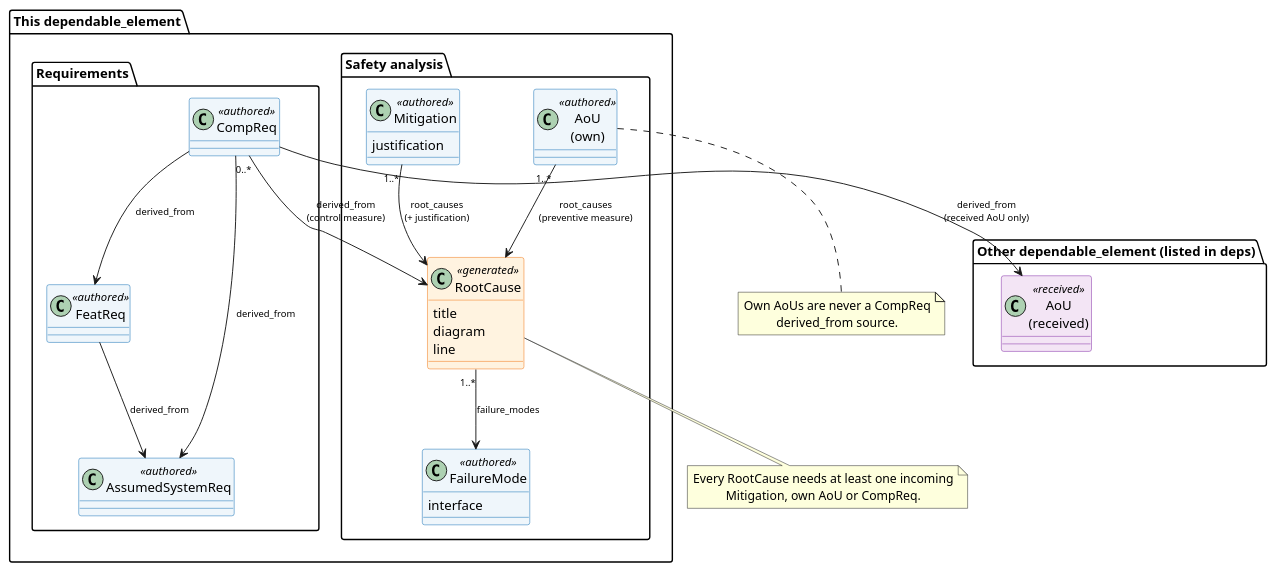
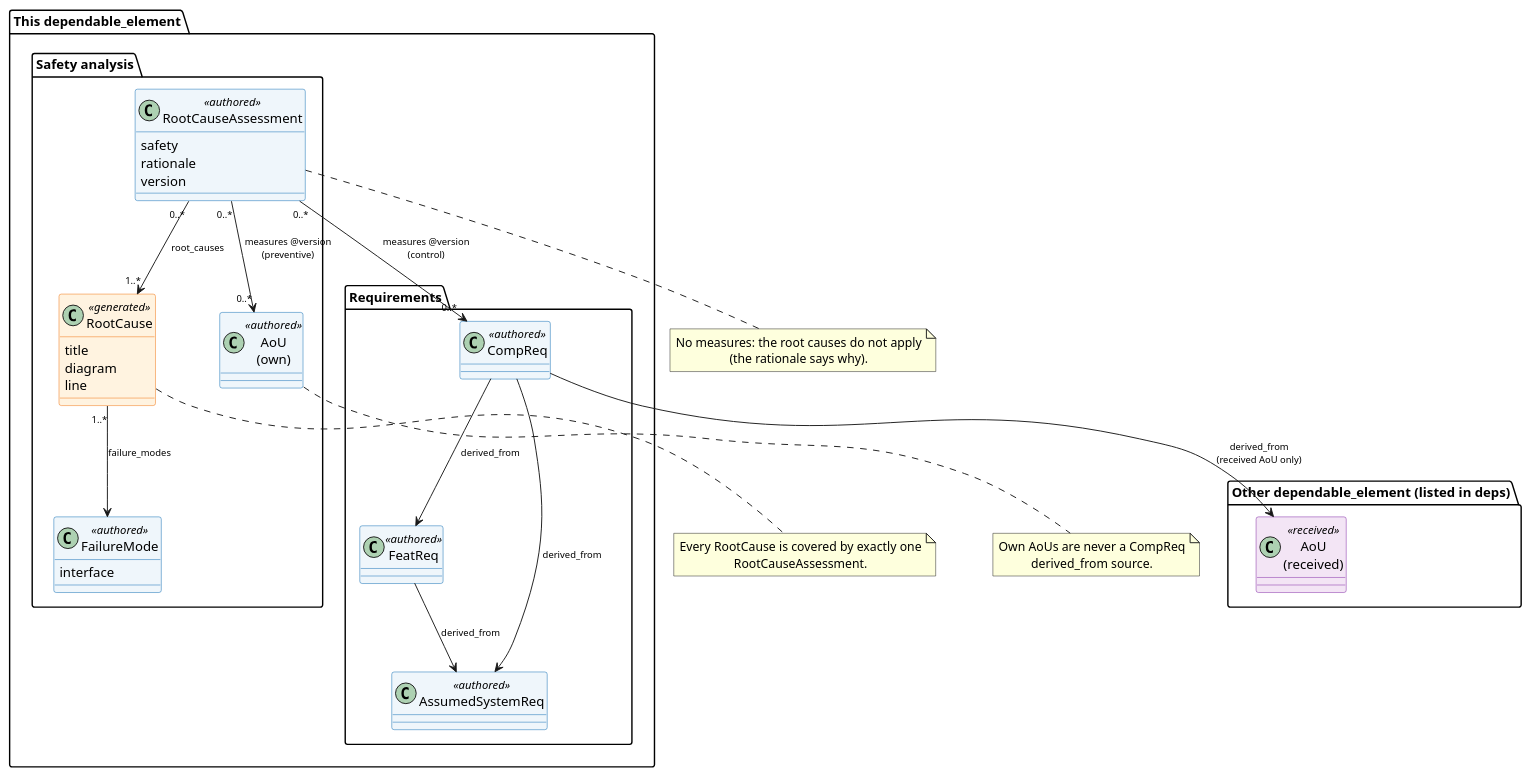
One commit to eclipse-score/tooling changed the diagram in bazel/rules/rules_score/docs/_assets/safety_analysis_linkage.puml. Above: the diagram before and after it, drawn with PlantUML. The commit also changed 61 other files, not shown here.

Commit message:
[safety analysis] add root cause assessment

```diff
--- a/bazel/rules/rules_score/docs/_assets/safety_analysis_linkage.puml
+++ b/bazel/rules/rules_score/docs/_assets/safety_analysis_linkage.puml
@@ -14,71 +14,78 @@
 @startuml safety_analysis_linkage
 
 ' Record linkage of a dependable element's safety analysis.  Arrows point from
 ' the referencing record to the referenced one; the label is the TRLC field.
 
 skinparam ArrowFontSize 10
 skinparam defaultTextAlignment center
 skinparam nodesep 60
 skinparam ranksep 70
 
 skinparam class {
     BackgroundColor<<authored>> #EFF6FB
     BorderColor<<authored>>     #0066B1
     BackgroundColor<<generated>> #FFF3E0
     BorderColor<<generated>>     #EF6C00
     BackgroundColor<<received>>  #F3E5F5
     BorderColor<<received>>      #7B1FA2
 }
 
 package "Other dependable_element (listed in deps)" {
     class "AoU\n(received)" as RecvAoU <<received>>
 }
 
 package "This dependable_element" {
     package "Safety analysis" {
         class FailureMode <<authored>> {
             interface
         }
         class RootCause <<generated>> {
             title
             diagram
             line
         }
-        class Mitigation <<authored>> {
-            justification
+        class RootCauseAssessment <<authored>> {
+            safety
+            rationale
+            version
         }
         class "AoU\n(own)" as OwnAoU <<authored>>
     }
 
     package "Requirements" {
         class CompReq <<authored>>
         class FeatReq <<authored>>
         class AssumedSystemReq <<authored>>
     }
 }
 
 ' ── Generated from the $RootCause macros of the FTA diagrams ────────────────
 RootCause "1..*" --> FailureMode : failure_modes
 
-' ── Safety measures: every RootCause needs at least one ─────────────────────
-Mitigation "1..*" --> RootCause : root_causes\n(+ justification)
-OwnAoU "1..*" --> RootCause : root_causes\n(preventive measure)
-CompReq "0..*" --> RootCause : derived_from\n(control measure)
+' ── Assessment: every RootCause is covered by exactly one assessment ────────
+RootCauseAssessment "0..*" --> "1..*" RootCause : root_causes
+RootCauseAssessment "0..*" --> "0..*" OwnAoU : measures @version\n(preventive)
+RootCauseAssessment "0..*" --> "0..*" CompReq : measures @version\n(control)
 
 ' ── Requirement chain ───────────────────────────────────────────────────────
 CompReq --> FeatReq : derived_from
 CompReq --> AssumedSystemReq : derived_from
 CompReq --> RecvAoU : derived_from\n(received AoU only)
 FeatReq --> AssumedSystemReq : derived_from
 
 note bottom of RootCause
-  Every RootCause needs at least one incoming
-  Mitigation, own AoU or CompReq.
+  Every RootCause is covered by exactly one
+  RootCauseAssessment.
+end note
+
+note bottom of RootCauseAssessment
+  No measures: the root causes do not apply
+  (the rationale says why).
 end note
 
 note bottom of OwnAoU
   Own AoUs are never a CompReq
   derived_from source.
 end note
 
 @enduml
```
